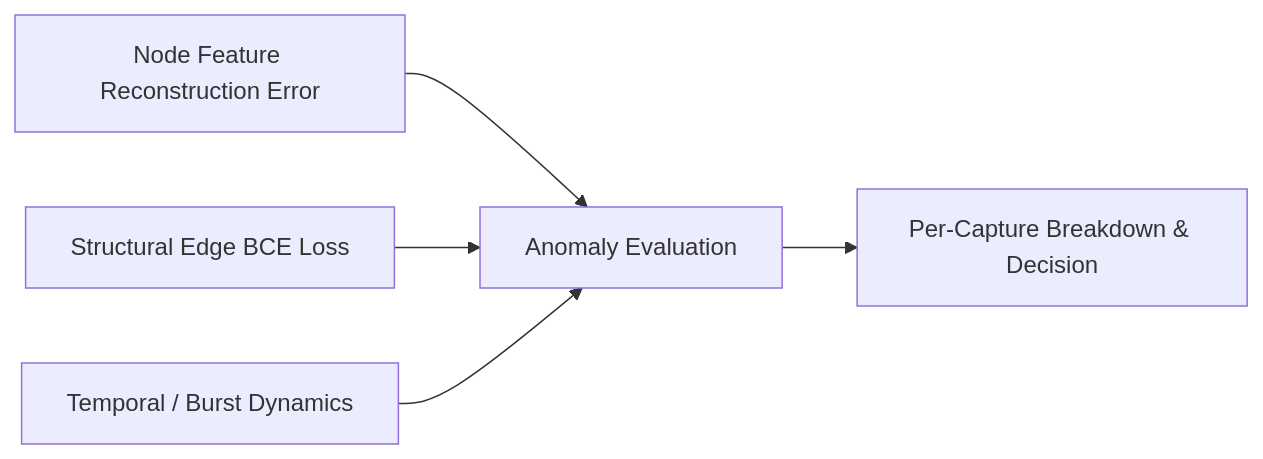
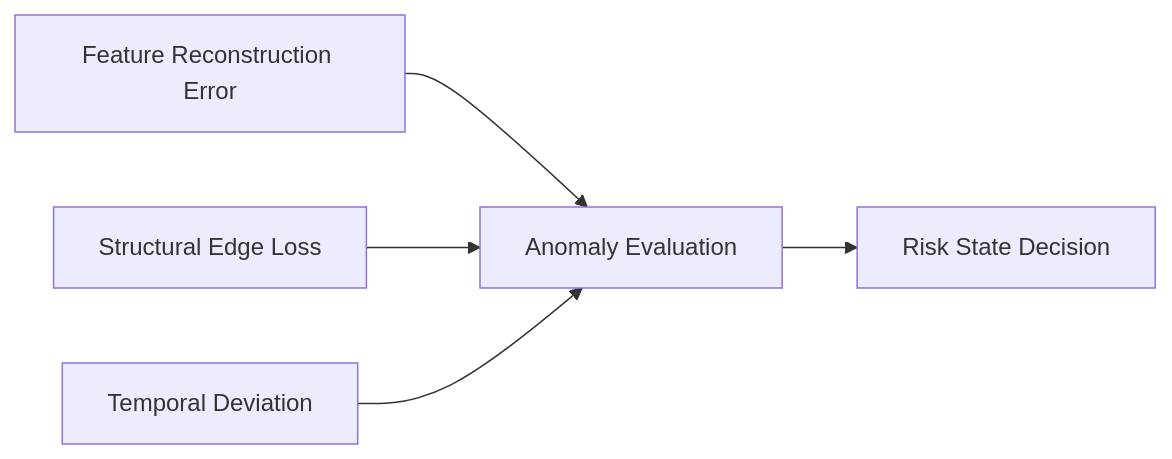
One commit to Etrlnx/pjt_1 changed the fifth of 7 diagrams in README.md. Above: the diagram before and after it, drawn with Mermaid. The commit also changed other lines of this file and 1 other file, not shown here.

Commit message:
Fixed the mermaid parsing error in the main README of the directory

````diff
--- a/README.md
+++ b/README.md
@@ -271,9 +271,9 @@
 ```mermaid
 flowchart LR
 
-A[Node Feature Reconstruction Error] --> D[Anomaly Evaluation]
-B[Structural Edge BCE Loss] --> D
-C[Temporal / Burst Dynamics] --> D
+A[Feature Reconstruction Error] --> D[Anomaly Evaluation]
+B[Structural Edge Loss] --> D
+C[Temporal Deviation] --> D
 
-D --> E[Per-Capture Breakdown & Decision]
+D --> E[Risk State Decision]
 ```
````
